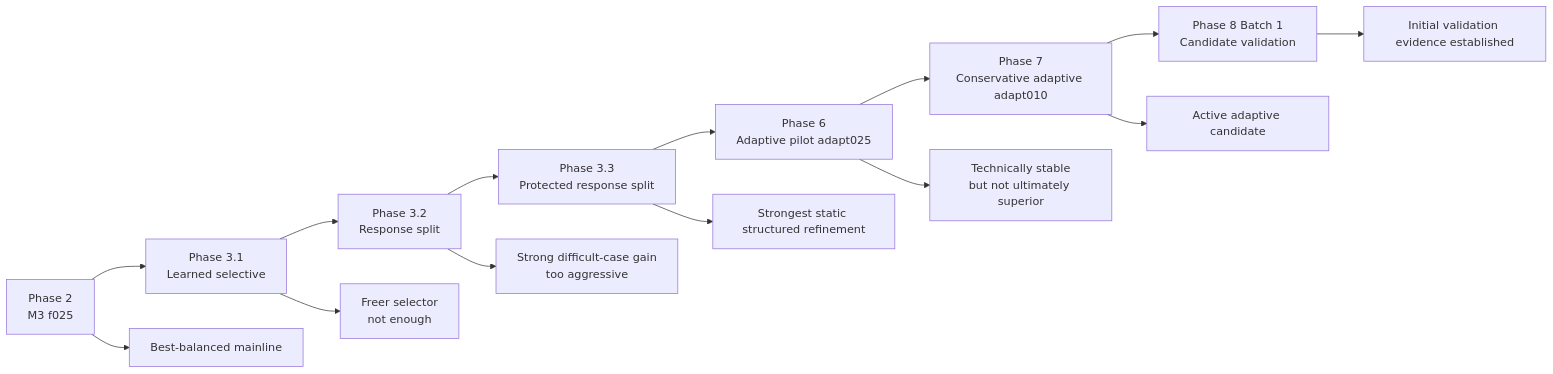
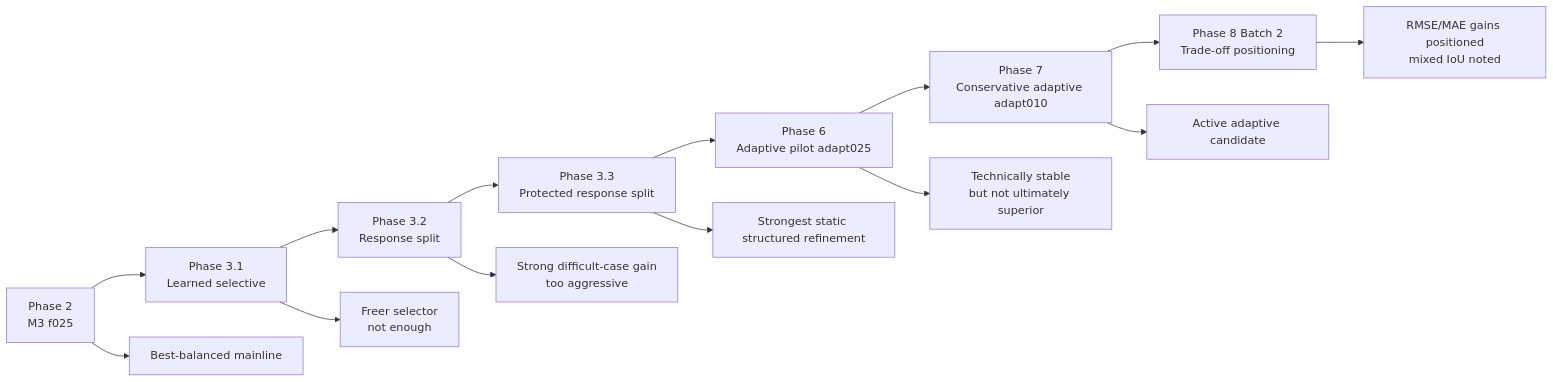
Before and after one commit to HolyLin990604/physics-guided-urban-flood-prediction: the second of 3 diagrams in README.md, drawn with Mermaid. The commit also changed other lines of this file and 2 other files, not shown here.

Commit message:
docs: sync phase8 batch2 conclusions to main docs

````diff
--- a/README.md
+++ b/README.md
@@ -28,17 +28,17 @@
 ```mermaid
 flowchart LR
     A[Phase 2<br/>M3 f025] --> B[Phase 3.1<br/>Learned selective]
     B --> C[Phase 3.2<br/>Response split]
     C --> D[Phase 3.3<br/>Protected response split]
     D --> E[Phase 6<br/>Adaptive pilot adapt025]
     E --> F[Phase 7<br/>Conservative adaptive adapt010]
-    F --> G[Phase 8 Batch 1<br/>Candidate validation]
+    F --> G[Phase 8 Batch 2<br/>Trade-off positioning]
 
     A --> A1[Best-balanced mainline]
     B --> B1[Freer selector<br/>not enough]
     C --> C1[Strong difficult-case gain<br/>too aggressive]
     D --> D1[Strongest static structured refinement]
     E --> E1[Technically stable<br/>but not ultimately superior]
     F --> F1[Active adaptive candidate]
-    G --> G1[Initial validation evidence established]
+    G --> G1[RMSE/MAE gains positioned<br/>mixed IoU noted]
 ```
````
